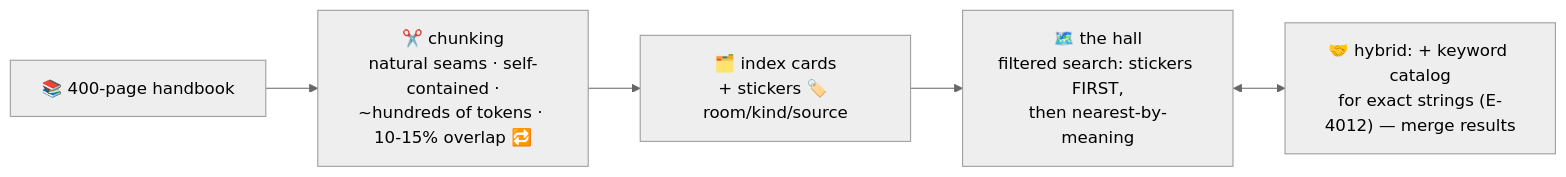
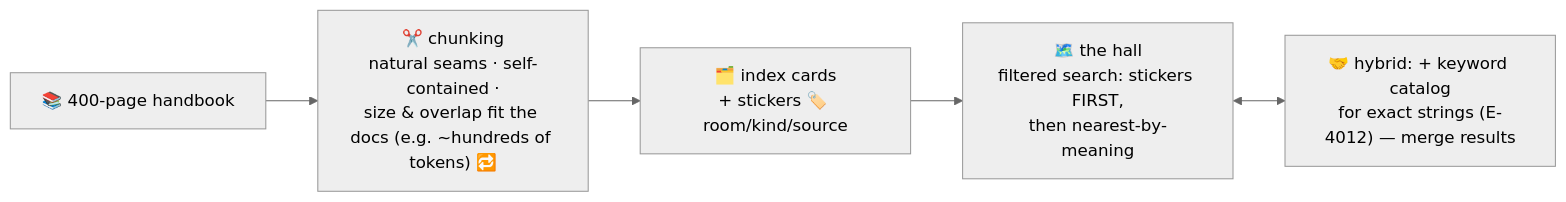
The diagram in lessons/06-chunking-metadata/README.md (BaluRaut/learn-vectordb-school), drawn with Mermaid (neutral theme) before and after one commit. The commit also changed other lines of this file and 4 other files, not shown here.

Commit message:
Review: drop universal-looking numbers (recall/speedup, chunking multipliers, dims, overlap); fast at large scale with the right index; vector database vs vector index

````diff
--- a/lessons/06-chunking-metadata/README.md
+++ b/lessons/06-chunking-metadata/README.md
@@ -49,10 +49,10 @@
 ```mermaid
 flowchart LR
     book["📚 400-page handbook"]
-    cut["✂️ chunking<br/>natural seams · self-contained ·<br/>~hundreds of tokens · 10-15% overlap 🔁"]
+    cut["✂️ chunking<br/>natural seams · self-contained ·<br/>size & overlap fit the docs (e.g. ~hundreds of tokens) 🔁"]
     cards["🗂️ index cards<br/>+ stickers 🏷️ room/kind/source"]
     hall["🗺️ the hall<br/>filtered search: stickers FIRST,<br/>then nearest-by-meaning"]
     hybrid["🤝 hybrid: + keyword catalog<br/>for exact strings (E-4012) — merge results"]
     book --> cut --> cards --> hall
     hall <--> hybrid
 ```
````
